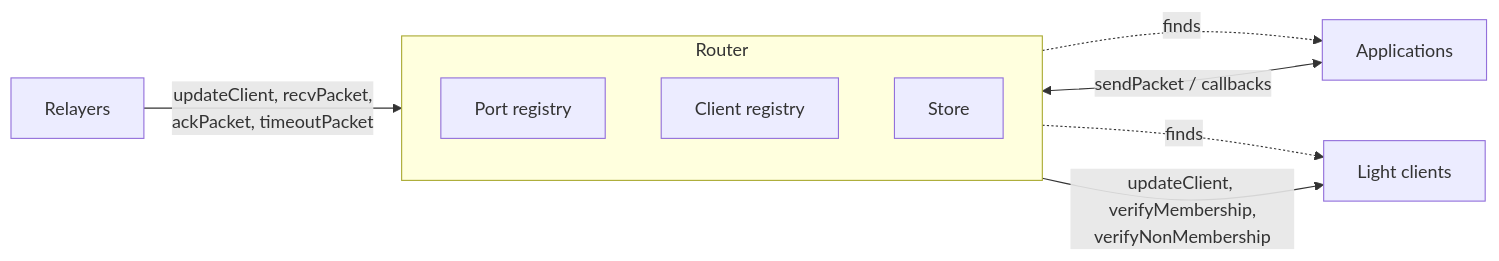
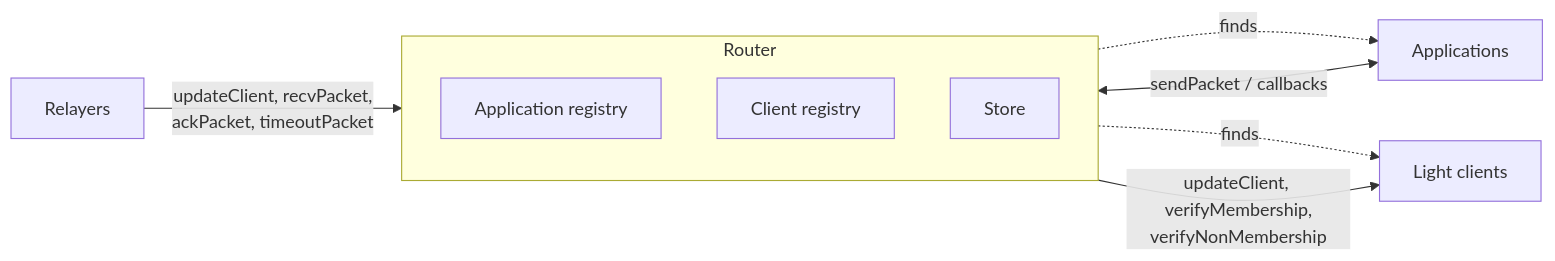
One commit to cosmos/ibc changed the diagram in docs/2-how-ibc-works/core-router-and-store.md. Above: the diagram before and after it, drawn with Mermaid. The commit also changed other lines of this file, not shown here.

````diff
--- a/docs/2-how-ibc-works/core-router-and-store.md
+++ b/docs/2-how-ibc-works/core-router-and-store.md
@@ -34,18 +27,18 @@
 ```mermaid
 flowchart LR
     app["Applications"]
     rel["Relayers"]
     subgraph router["Router"]
         direction TB
-        P["Port registry"]
+        P["Application registry"]
         C["Client registry"]
         S["Store"]
     end
     lc["Light clients"]
 
     app <-->|"sendPacket / callbacks"| router
     rel -->|"updateClient, recvPacket,<br/>ackPacket, timeoutPacket"| router
     router -->|"updateClient, verifyMembership,<br/>verifyNonMembership"| lc
     P -.->|"finds"| app
     C -.->|"finds"| lc
 ```
````
